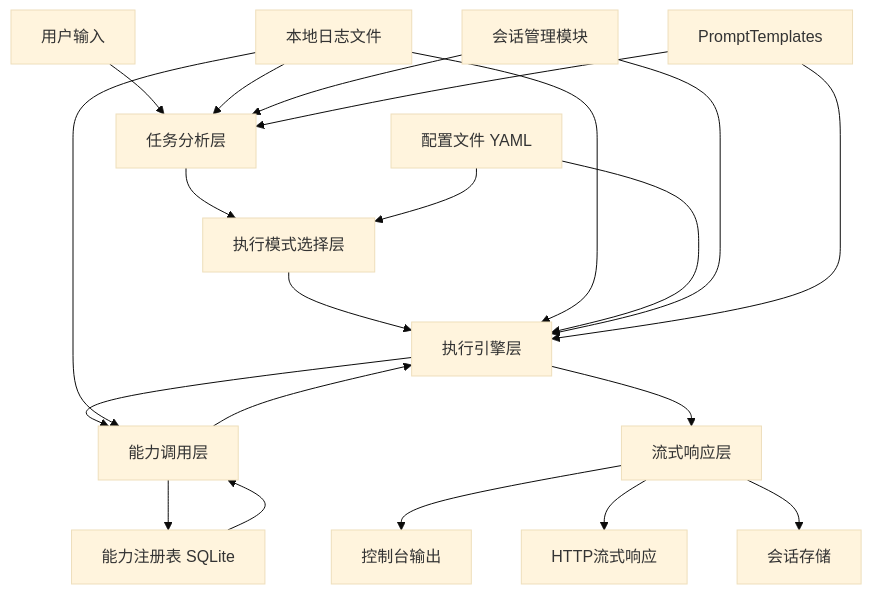
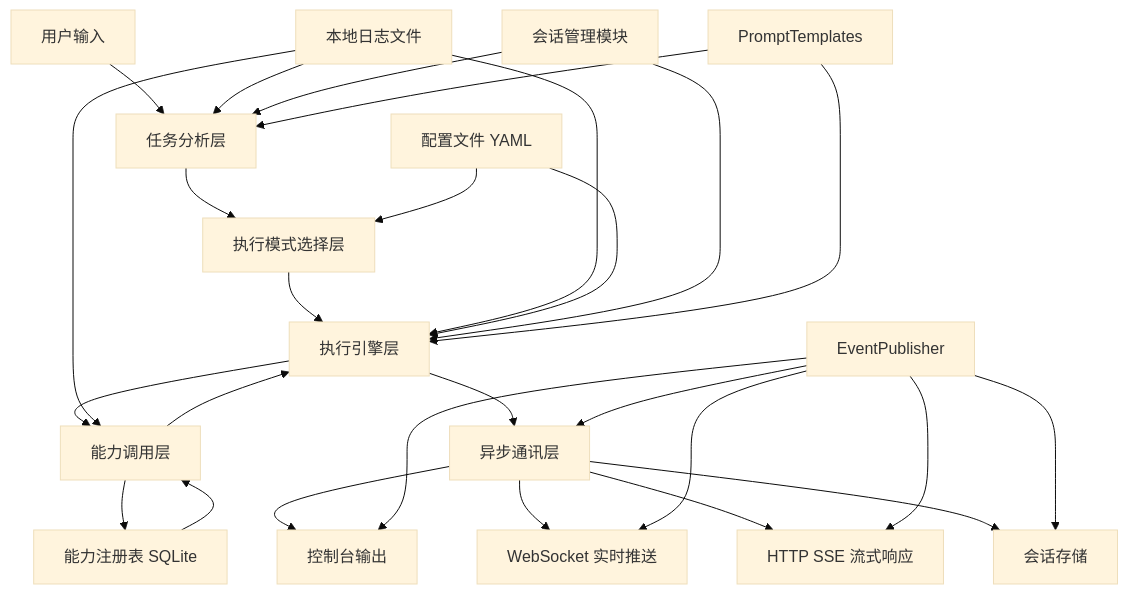
Before and after one commit to jlcao/lingxi-assistant: the first of 22 diagrams in docs/灵犀个人智能助手详细设计.md, drawn with Mermaid (base theme). The commit also changed other lines of this file and 8 other files, not shown here.

````diff
--- a/docs/灵犀个人智能助手详细设计.md
+++ b/docs/灵犀个人智能助手详细设计.md
@@ -53,29 +55,37 @@
 ```mermaid
 graph TD
     A[用户输入] --> B[任务分析层]
     B --> C[执行模式选择层]
     C --> D[执行引擎层]
     D --> E[能力调用层]
     E --> F[能力注册表 SQLite]
     F --> E
     E --> D
-    D --> G[流式响应层]
+    D --> G[异步通讯层]
     G --> H1[控制台输出]
-    G --> H2[HTTP流式响应]
-    G --> H3[会话存储]
+    G --> H2[WebSocket 实时推送]
+    G --> H3[HTTP SSE 流式响应]
+    G --> H4[会话存储]
     
     %% 辅助模块
     I[本地日志文件] --> B
     I --> D
     I --> E
     J[配置文件 YAML] --> C
     J --> D
     
     %% 会话管理
     K[会话管理模块] --> B
     K --> D
     
     %% 提示词模板
     L[PromptTemplates] --> D
     L --> B
+    
+    %% 事件系统
+    M[EventPublisher] --> G
+    M --> H1
+    M --> H2
+    M --> H3
+    M --> H4
 ```
````
